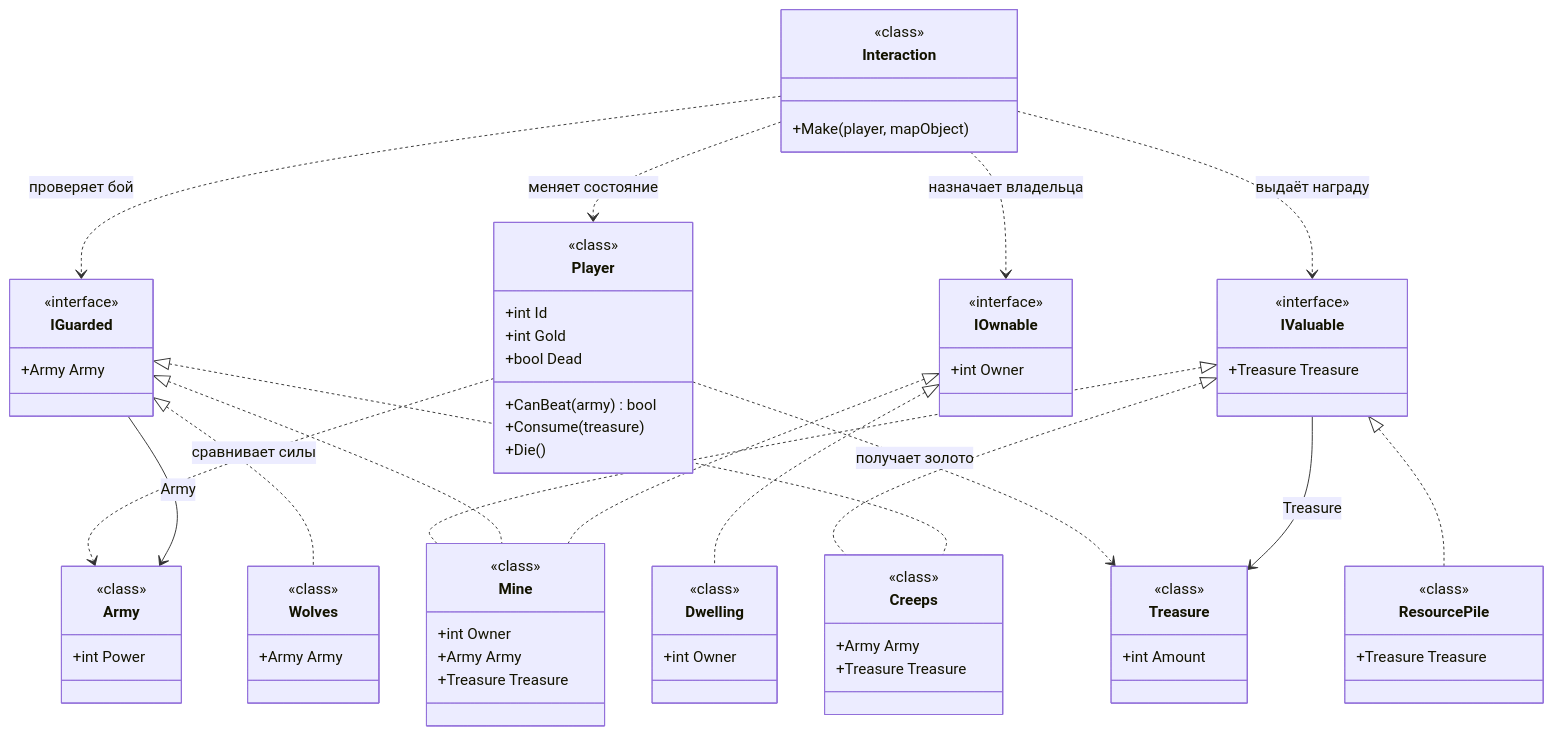
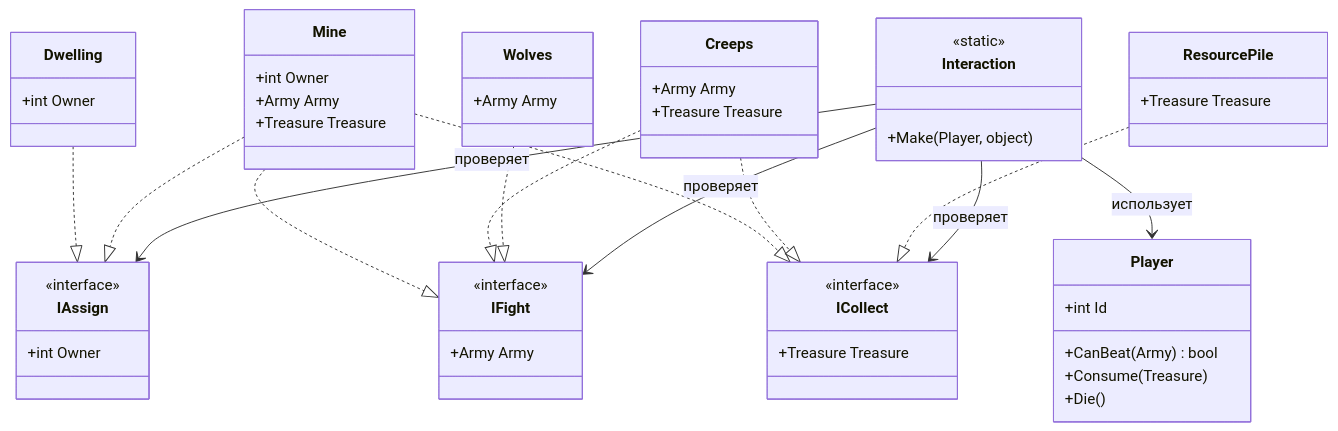
One commit to k1sagy/ulearn-2026 changed the diagram in HoMM.md. Above: the diagram before and after it, drawn with Mermaid.

````diff
--- a/HoMM.md
+++ b/HoMM.md
@@ -1,94 +1,67 @@
 ```mermaid
+classDiagram
+    class IFight {
+        <<interface>>
+        +Army Army
+    }
 
-classDiagram
-    class IOwnable {
+    class ICollect {
+        <<interface>>
+        +Treasure Treasure
+    }
+
+    class IAssign {
         <<interface>>
         +int Owner
     }
 
-    class IGuarded {
-        <<interface>>
-        +Army Army
-    }
-
-    class IValuable {
-        <<interface>>
-        +Treasure Treasure
-    }
-
     class Dwelling {
-        <<class>>
         +int Owner
     }
 
     class Mine {
-        <<class>>
         +int Owner
         +Army Army
         +Treasure Treasure
     }
 
     class Creeps {
-        <<class>>
         +Army Army
         +Treasure Treasure
     }
 
     class Wolves {
-        <<class>>
         +Army Army
     }
 
     class ResourcePile {
-        <<class>>
         +Treasure Treasure
     }
 
     class Player {
-        <<class>>
         +int Id
-        +int Gold
-        +bool Dead
-        +CanBeat(army) bool
-        +Consume(treasure)
+        +CanBeat(Army) bool
+        +Consume(Treasure)
         +Die()
     }
 
-    class Army {
-        <<class>>
-        +int Power
+    class Interaction {
+        <<static>>
+        +Make(Player, object)
     }
 
-    class Treasure {
-        <<class>>
-        +int Amount
-    }
+    Dwelling ..|> IAssign
+    Mine ..|> IAssign
+    Mine ..|> IFight
+    Mine ..|> ICollect
+    Creeps ..|> IFight
+    Creeps ..|> ICollect
+    Wolves ..|> IFight
+    ResourcePile ..|> ICollect
 
-    class Interaction {
-        <<class>>
-        +Make(player, mapObject)
-    }
-
-    IOwnable <|.. Dwelling
-    IOwnable <|.. Mine
-
-    IGuarded <|.. Mine
-    IGuarded <|.. Creeps
-    IGuarded <|.. Wolves
-
-    IValuable <|.. Mine
-    IValuable <|.. Creeps
-    IValuable <|.. ResourcePile
-
-    IGuarded --> Army : Army
-    IValuable --> Treasure : Treasure
-
-    Interaction ..> Player : меняет состояние
-    Interaction ..> IGuarded : проверяет бой
-    Interaction ..> IOwnable : назначает владельца
-    Interaction ..> IValuable : выдаёт награду
-
-    Player ..> Army : сравнивает силы
-    Player ..> Treasure : получает золото
+    Interaction --> Player : использует
+    Interaction --> IFight : проверяет
+    Interaction --> ICollect : проверяет
+    Interaction --> IAssign : проверяет
 
 ```
````
